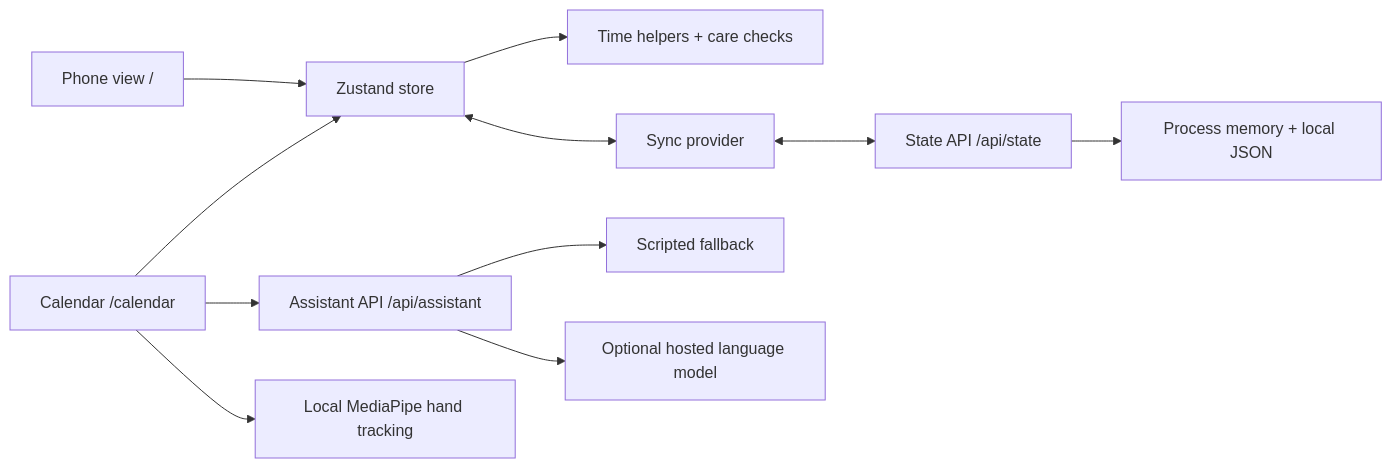
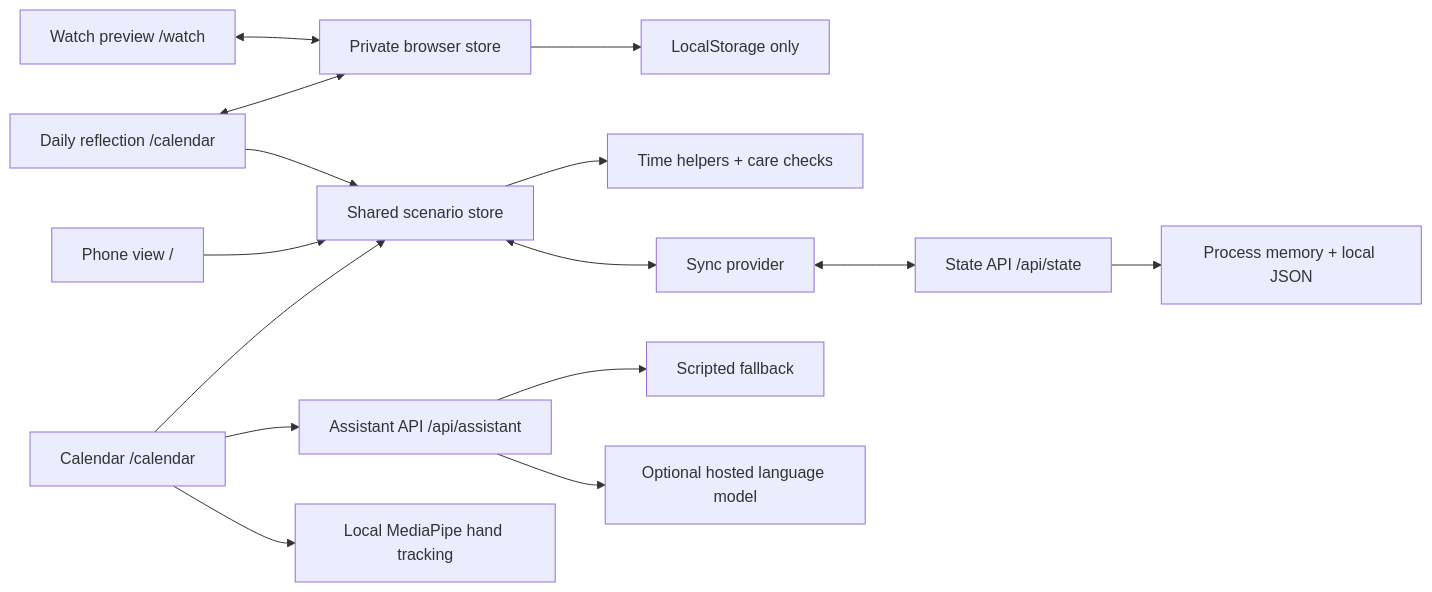
One commit to AndhikaNayakaAW/DECO2850-team-project changed the diagram in docs/wiki/Architecture.md. Above: the diagram before and after it, drawn with Mermaid. The commit also changed other lines of this file and 18 other files, not shown here.

First line of the commit message:
docs: record watch reflection flow and weekly contribution evidence

````diff
--- a/docs/wiki/Architecture.md
+++ b/docs/wiki/Architecture.md
@@ -7,13 +7,17 @@
 ```mermaid
 flowchart LR
-    P[Phone view /] --> S[Zustand store]
+    W[Watch preview /watch] <--> R[Private browser store]
+    D[Daily reflection /calendar] <--> R
+    D --> S[Shared scenario store]
+    R --> B[LocalStorage only]
+    P[Phone view /] --> S
     C[Calendar /calendar] --> S
     S --> L[Time helpers + care checks]
     S <--> Y[Sync provider]
     Y <--> A[State API /api/state]
     A --> F[Process memory + local JSON]
     C --> V[Assistant API /api/assistant]
     V --> O[Scripted fallback]
     V --> H[Optional hosted language model]
     C --> M[Local MediaPipe hand tracking]
 ```
````
